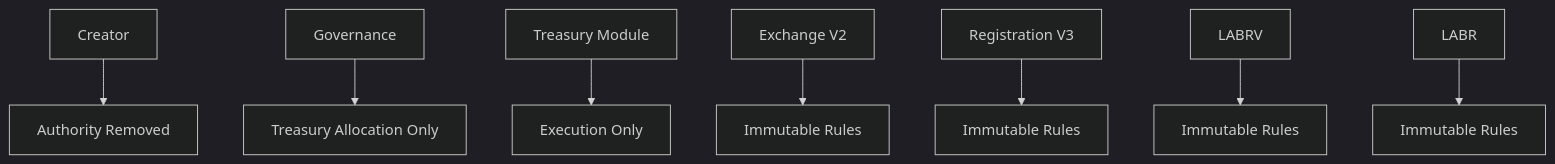
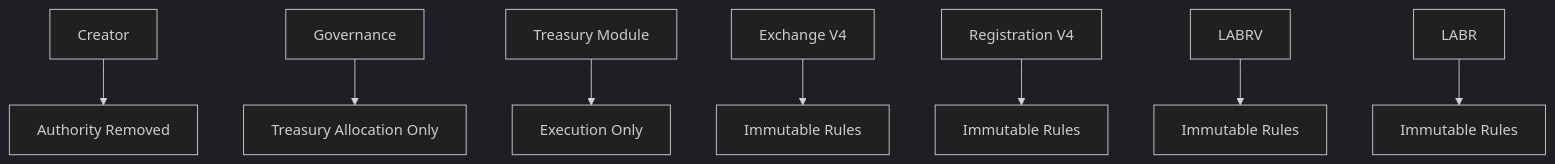
Before and after one commit to LaborCoinCreator/LaborCoin: diagram 23 of 23 in docs/whitepaper.md, drawn with Mermaid (dark theme). The commit also changed other lines of this file, not shown here.

````diff
--- a/docs/whitepaper.md
+++ b/docs/whitepaper.md
@@ -10246,24 +10246,24 @@
 ```mermaid
 graph TD
 
 Creator[Creator]
 --> Removed[Authority Removed]
 
 Governance[Governance]
 --> TreasuryOnly[Treasury Allocation Only]
 
 TreasuryModule[Treasury Module]
 --> ExecutionOnly[Execution Only]
 
-Exchange[Exchange V2]
+Exchange[Exchange V4]
 --> ImmutableExchange[Immutable Rules]
 
-Registration[Registration V3]
+Registration[Registration V4]
 --> ImmutableRegistration[Immutable Rules]
 
 LABRV[LABRV]
 --> ImmutableLABRV[Immutable Rules]
 
 LABR[LABR]
 --> ImmutableLABR[Immutable Rules]
 ```
````
